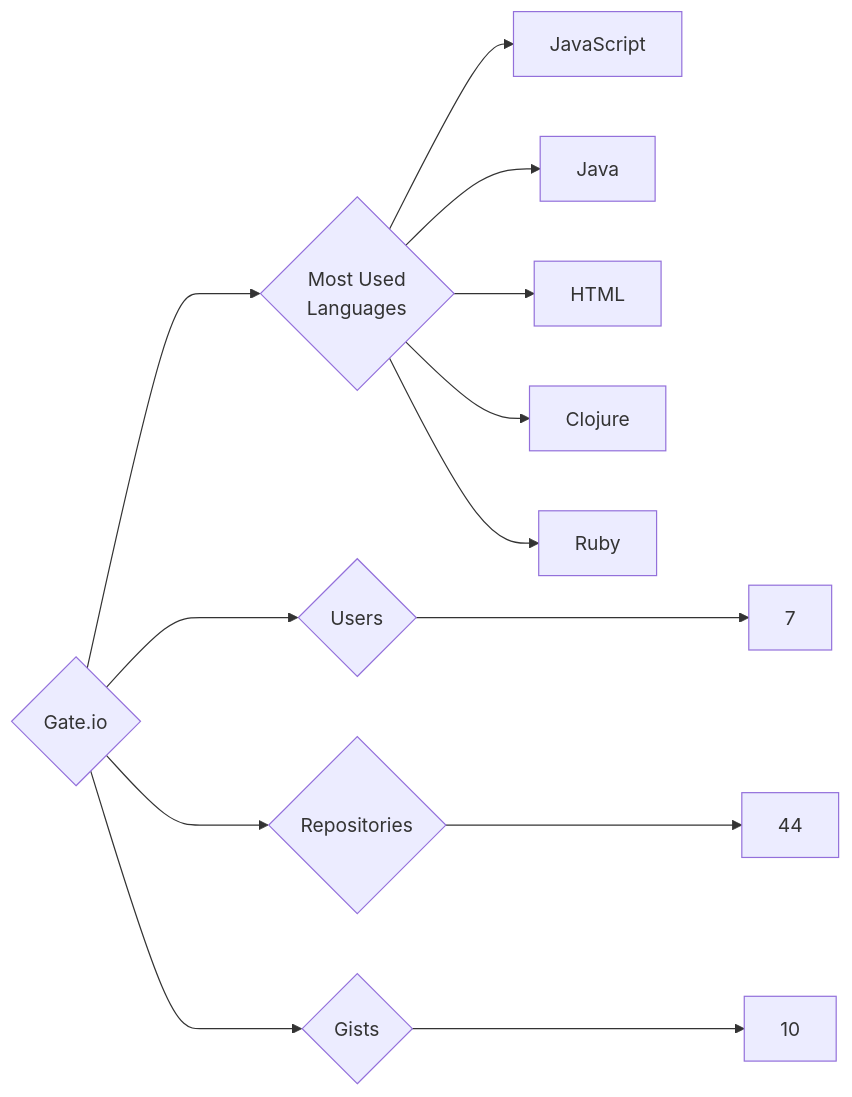
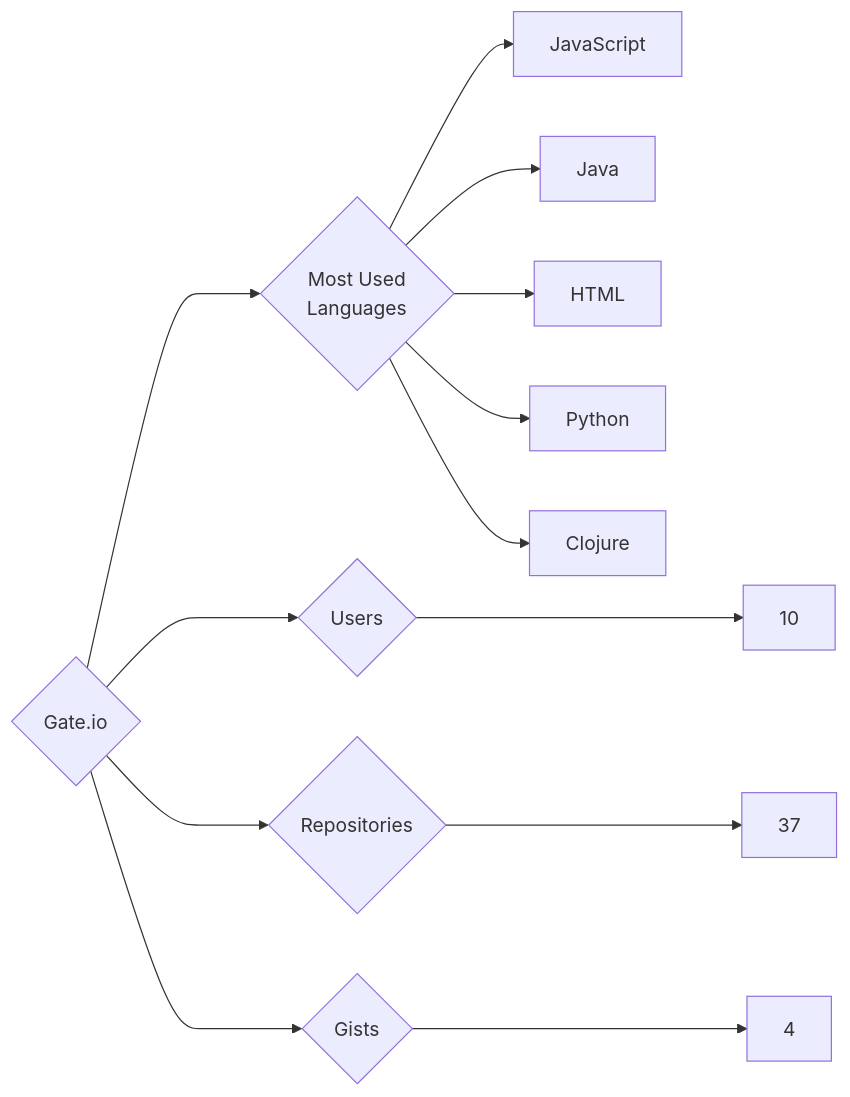
One commit to trickest/insiders changed the diagram in targets/Gate.io/README.md. Above: the diagram before and after it, drawn with Mermaid. The commit also changed 1084 other files, not shown here.

````diff
--- a/targets/Gate.io/README.md
+++ b/targets/Gate.io/README.md
@@ -3,13 +3,13 @@
 ```mermaid
 graph LR
 COMPANY_NAME{Gate.io}
-COMPANY_NAME ---> U{Users} ---> UN[7]
-COMPANY_NAME ---> R{Repositories} ---> RN[44]
-COMPANY_NAME ---> G{Gists} ---> GN[10]
+COMPANY_NAME ---> U{Users} ---> UN[10]
+COMPANY_NAME ---> R{Repositories} ---> RN[37]
+COMPANY_NAME ---> G{Gists} ---> GN[4]
 COMPANY_NAME ---> ML{Most Used<br>Languages}
 ML --> JavaScript[JavaScript]
 ML --> Java[Java]
 ML --> HTML[HTML]
+ML --> Python[Python]
 ML --> Clojure[Clojure]
-ML --> Ruby[Ruby]
 ```
````
